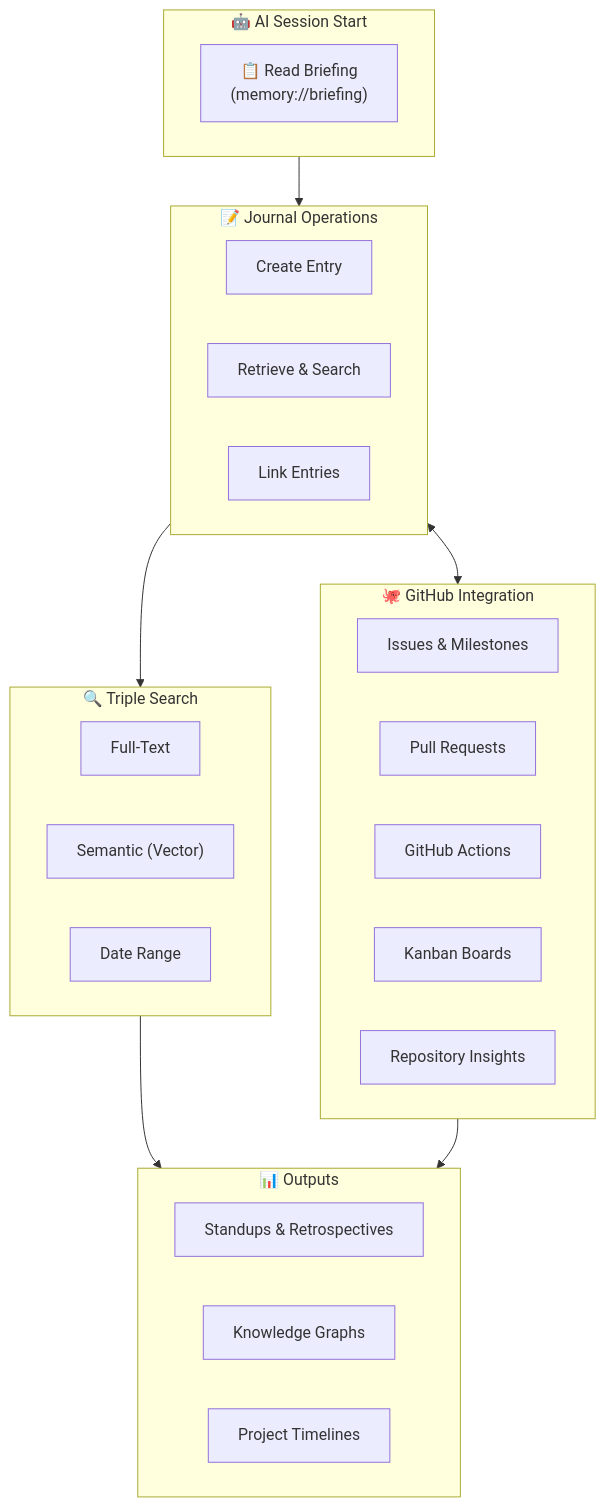
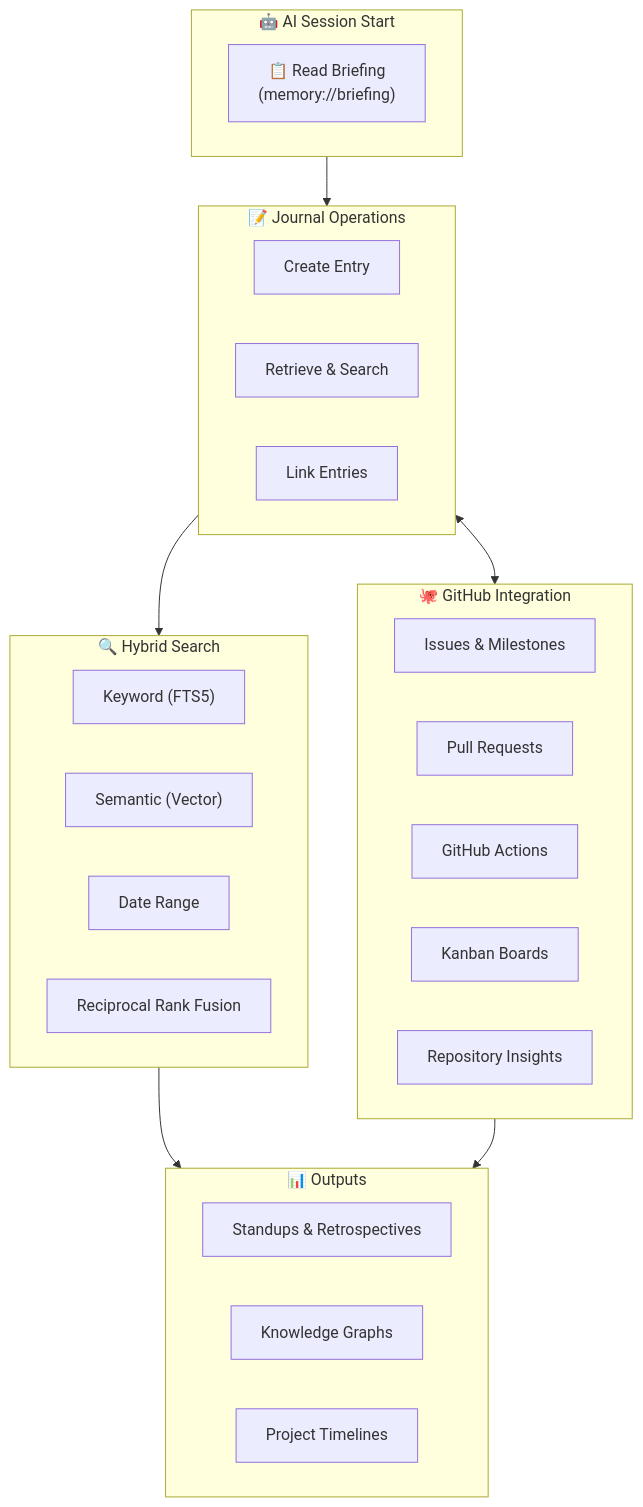
Before and after one commit to neverinfamous/memory-journal-mcp: the first of 2 diagrams in README.md, drawn with Mermaid. The commit also changed other lines of this file and 161 other files, not shown here.

First line of the commit message:
v7.0.0 - Observability, Hybrid Search & Breaking Env Cleanup (#373)

````diff
--- a/README.md
+++ b/README.md
@@ -76,38 +76,39 @@
 ```mermaid
 flowchart TB
     subgraph Session["🤖 AI Session Start"]
         Briefing["📋 Read Briefing<br/>(memory://briefing)"]
     end
 
     subgraph Core["📝 Journal Operations"]
         Create["Create Entry"]
         Retrieve["Retrieve & Search"]
         Link["Link Entries"]
     end
 
-    subgraph Search["🔍 Triple Search"]
-        FTS["Full-Text"]
+    subgraph Search["🔍 Hybrid Search"]
+        FTS["Keyword (FTS5)"]
         Semantic["Semantic (Vector)"]
         DateRange["Date Range"]
+        RRF["Reciprocal Rank Fusion"]
     end
 
     subgraph GitHub["🐙 GitHub Integration"]
         Issues["Issues & Milestones"]
         PRs["Pull Requests"]
         Actions["GitHub Actions"]
         Kanban["Kanban Boards"]
         Insights["Repository Insights"]
     end
 
     subgraph Outputs["📊 Outputs"]
         Reports["Standups & Retrospectives"]
         Graphs["Knowledge Graphs"]
         Timeline["Project Timelines"]
     end
 
     Session --> Core
     Core --> Search
     Core <--> GitHub
     Search --> Outputs
     GitHub --> Outputs
 ```
````
